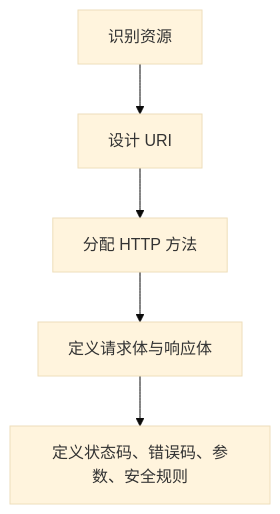
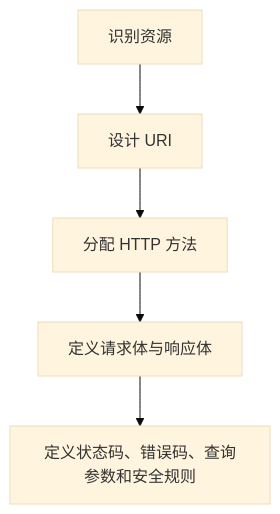
The seventh of 8 diagrams in src/content/blog/Software-Construction/Chap06.md (crashingby/homepage), drawn with Mermaid (base theme) before and after one commit. The commit also changed other lines of this file and 6 other files, not shown here.

````diff
--- a/src/content/blog/Software-Construction/Chap06.md
+++ b/src/content/blog/Software-Construction/Chap06.md
@@ -434,7 +336,7 @@
 ```mermaid
 flowchart TD
-  A["识别资源"] --> B["设计 URI"]
-  B --> C["分配 HTTP 方法"]
-  C --> D["定义请求体与响应体"]
-  D --> E["定义状态码、错误码、参数、安全规则"]
+  Resource["识别资源"] --> URI["设计 URI"]
+  URI --> Method["分配 HTTP 方法"]
+  Method --> Body["定义请求体与响应体"]
+  Body --> Rule["定义状态码、错误码、查询参数和安全规则"]
 ```
````
